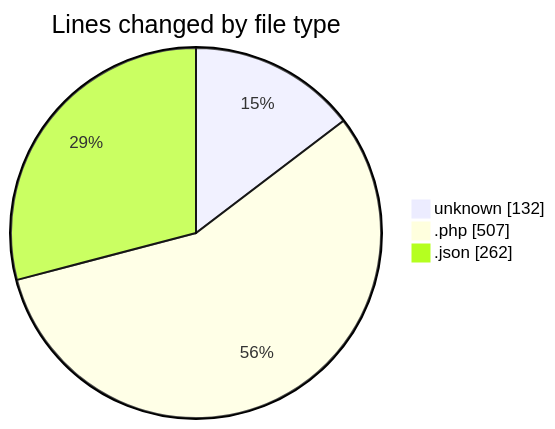
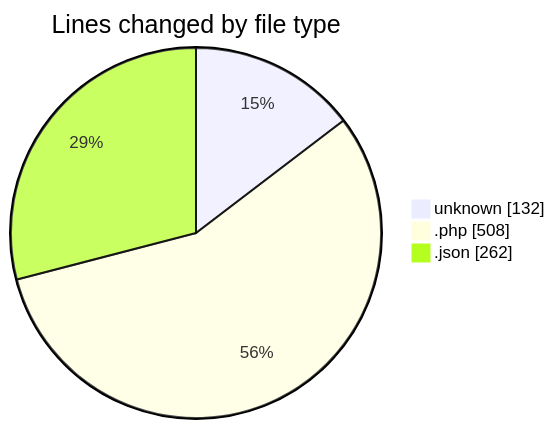
Before and after one commit to idhammustaqopulfikri/code-tracking: the first of 2 diagrams in 2025-11-13/futsal-recommender/README.md, drawn with Mermaid. The commit also changed other lines of this file and 1 other file, not shown here.

````diff
--- a/2025-11-13/futsal-recommender/README.md
+++ b/2025-11-13/futsal-recommender/README.md
@@ -30,7 +30,7 @@
 ```mermaid
 pie showData
 title Lines changed by file type
 "unknown" : 132
-".php" : 507
+".php" : 508
 ".json" : 262
 ```
````
